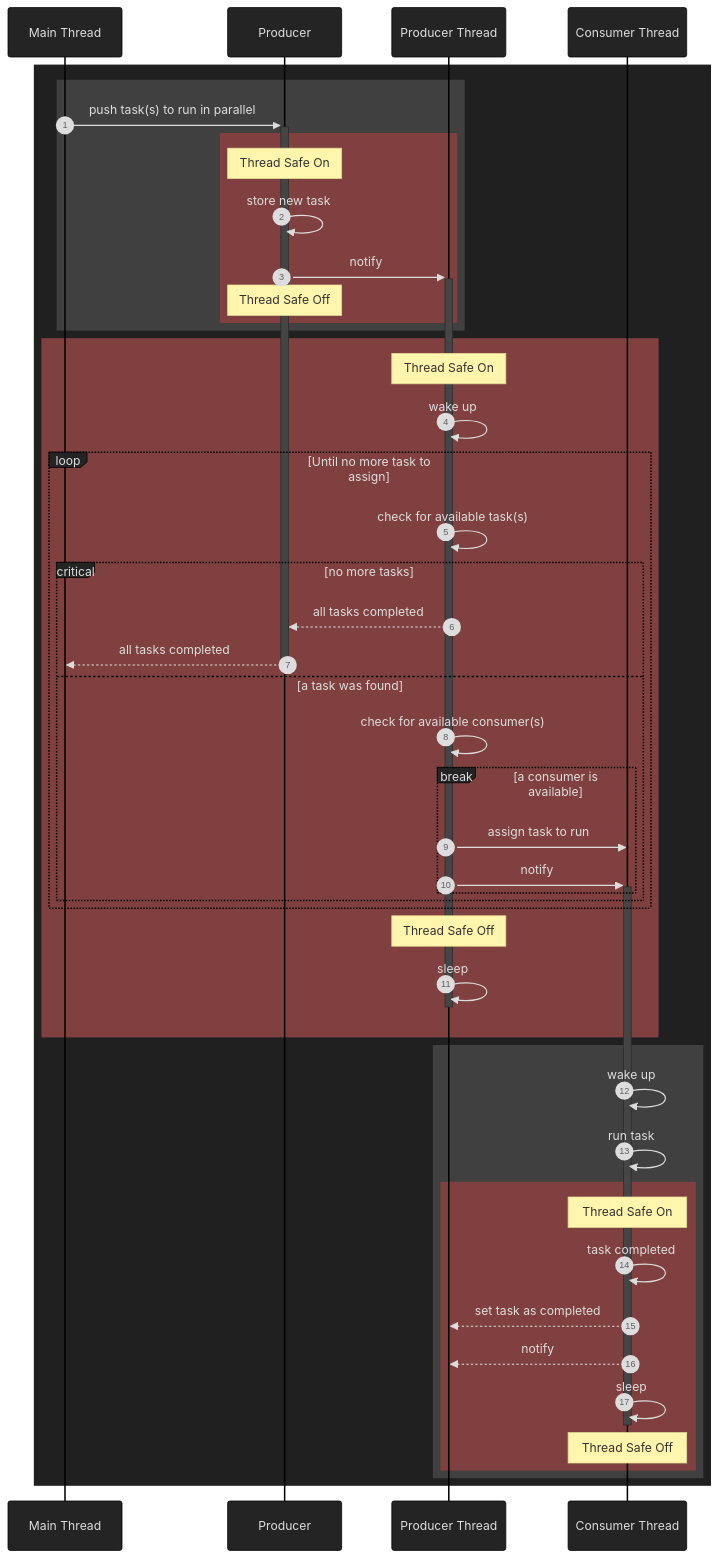
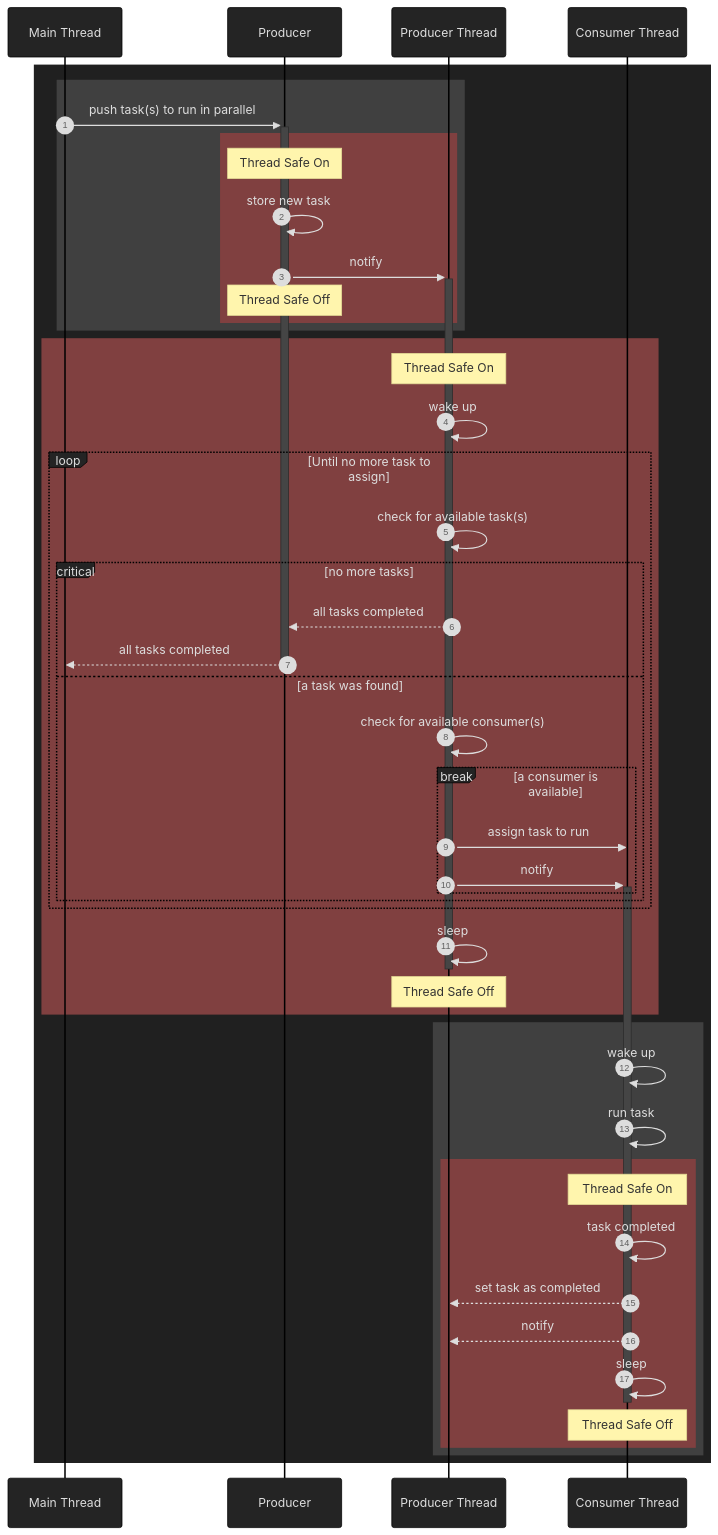
Before and after one commit to GuillaumeBouchetEpitech/self-learning-3d-cars: the third of 3 diagrams in README.md, drawn with Mermaid. The commit also changed other lines of this file and 23 other files, not shown here.

```diff
--- a/README.md
+++ b/README.md
@@ -189,9 +189,9 @@
 
         end
 
+        PT->>-PT: sleep
+
         Note over PT: Thread Safe Off
-
-        PT->>-PT: sleep
 
       end
 
```
